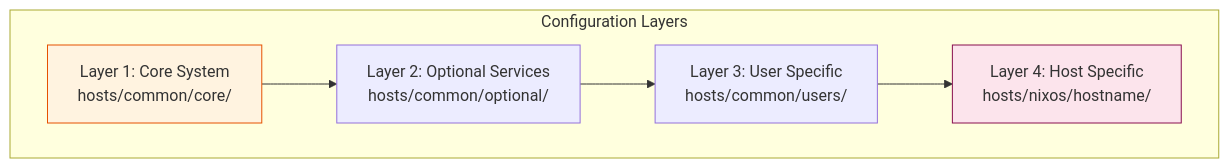
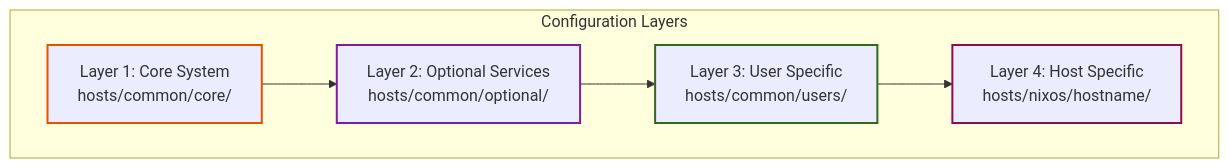
One commit to ChanningHe/nix-config changed the fifth of 6 diagrams in mermaid.md. Above: the diagram before and after it, drawn with Mermaid. The commit also changed other lines of this file and 3 other files, not shown here.

````diff
--- a/mermaid.md
+++ b/mermaid.md
@@ -233,21 +293,24 @@
 ```mermaid
 graph TD
     subgraph "Configuration Layers"
         Layer1["Layer 1: Core System<br />hosts/common/core/"]
         Layer2["Layer 2: Optional Services<br />hosts/common/optional/"]
         Layer3["Layer 3: User Specific<br />hosts/common/users/"]
         Layer4["Layer 4: Host Specific<br />hosts/nixos/hostname/"]
     end
     
     Layer1 --> Layer2
     Layer2 --> Layer3
     Layer3 --> Layer4
     
-    classDef base fill:#fff3e0,stroke:#e65100
-    classDef platform fill:#e3f2fd,stroke:#0d47a1
-    classDef host fill:#fce4ec,stroke:#880e4f
-    classDef user fill:#f1f8e9,stroke:#33691e
+    classDef base stroke:#e65100,stroke-width:2px
+    classDef optional stroke:#7b1fa2,stroke-width:2px
+    classDef user stroke:#33691e,stroke-width:2px
+    classDef host stroke:#880e4f,stroke-width:2px
+    classDef neutral stroke:#616161,stroke-width:2px
     
     class Layer1 base
+    class Layer2 optional
+    class Layer3 user
     class Layer4 host
 ```
````
